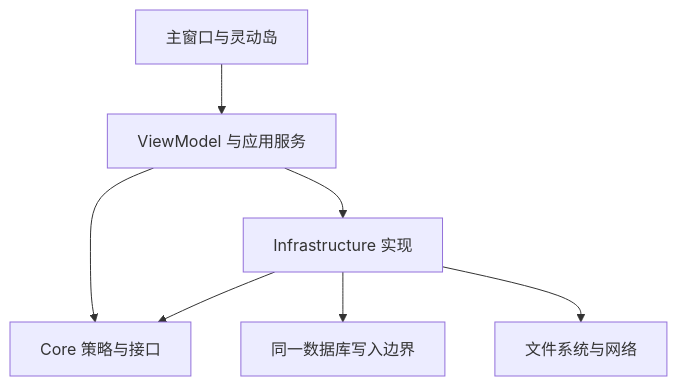
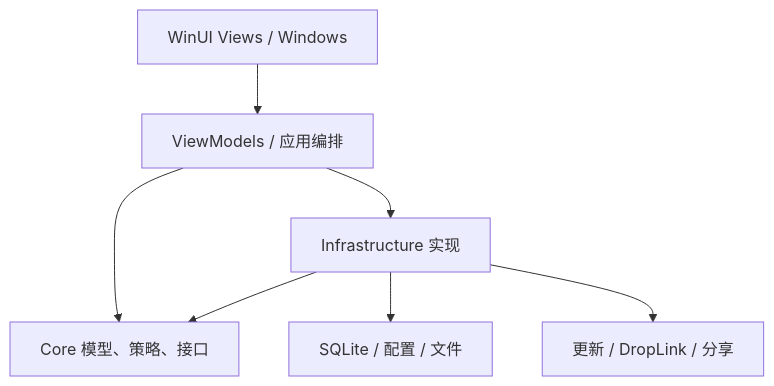
One commit to airanluo-dot/DropSpace changed the diagram in docs/audit/2026-09-07/architecture-audit-zh.md. Above: the diagram before and after it, drawn with Mermaid. The commit also changed other lines of this file and 10 other files, not shown here.

Commit message:
Document complete architecture audit and prepare Preview.17

````diff
--- a/docs/audit/2026-09-07/architecture-audit-zh.md
+++ b/docs/audit/2026-09-07/architecture-audit-zh.md
@@ -28,9 +52,9 @@
 ```mermaid
 flowchart TD
-  Views["主窗口与灵动岛"] --> Application["ViewModel 与应用服务"]
-  Application --> Core["Core 策略与接口"]
-  Application --> Infrastructure["Infrastructure 实现"]
-  Infrastructure --> Core
-  Infrastructure --> SQLite["同一数据库写入边界"]
-  Infrastructure --> External["文件系统与网络"]
+  View["WinUI Views / Windows"] --> VM["ViewModels / 应用编排"]
+  VM --> Core["Core 模型、策略、接口"]
+  VM --> Infra["Infrastructure 实现"]
+  Infra --> Core
+  Infra --> Store["SQLite / 配置 / 文件"]
+  Infra --> Net["更新 / DropLink / 分享"]
 ```
````
